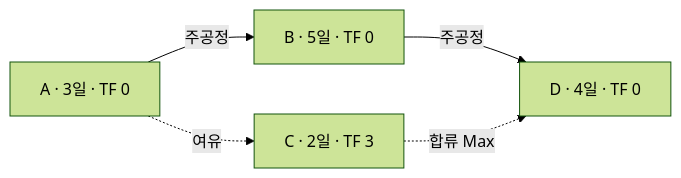
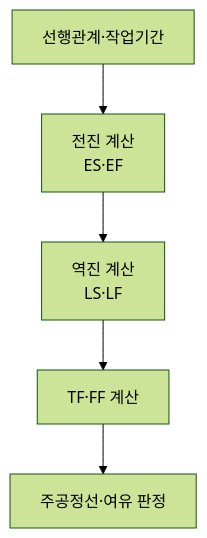
The third of 3 diagrams in src/content/docs/notes/itpe/01-it-strategy/081_cpm.md (agnusdei1207/study), drawn with Mermaid (forest theme) before and after one commit. The commit also changed other lines of this file and 4 other files, not shown here.

````diff
--- a/src/content/docs/notes/itpe/01-it-strategy/081_cpm.md
+++ b/src/content/docs/notes/itpe/01-it-strategy/081_cpm.md
@@ -101,12 +101,7 @@
 ```mermaid
-flowchart LR
-    A["A · 3일 · TF 0"]
-    B["B · 5일 · TF 0"]
-    C["C · 2일 · TF 3"]
-    D["D · 4일 · TF 0"]
-
-    A -->|주공정| B
-    A -.->|여유| C
-    B -->|주공정| D
-    C -.->|합류 Max| D
+flowchart TD
+    A["선행관계·작업기간"] --> B["전진 계산<br/>ES·EF"]
+    B --> C["역진 계산<br/>LS·LF"]
+    C --> D["TF·FF 계산"]
+    D --> E["주공정선·여유 판정"]
 ```
````
